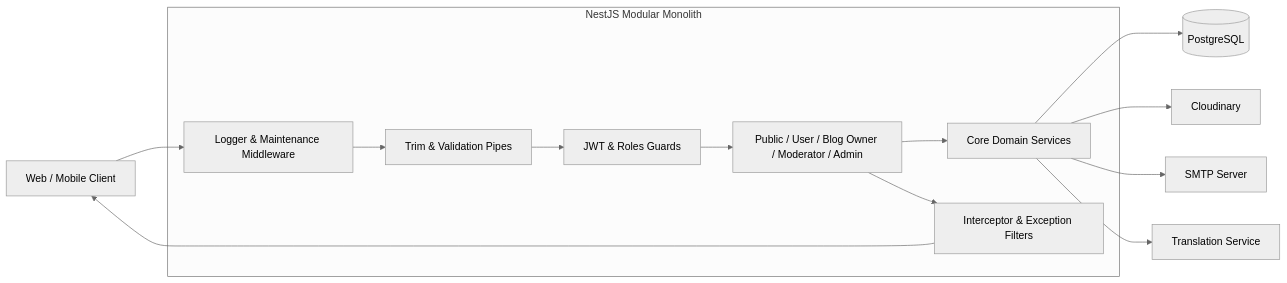
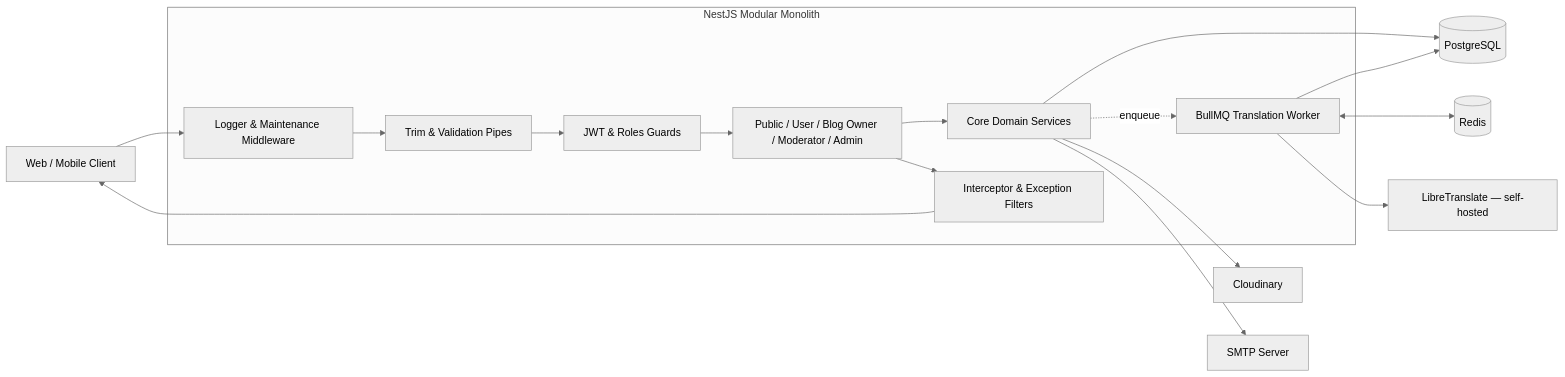
The diagram in README.md (ngocha3792/Quan-ly-blog), drawn with Mermaid (neutral theme) before and after one commit. The commit also changed other lines of this file and 6 other files, not shown here.

````diff
--- a/README.md
+++ b/README.md
@@ -111,25 +119,30 @@
 ```mermaid
 flowchart LR
     Client[Web / Mobile Client]
 
     subgraph Application[NestJS Modular Monolith]
         Middleware[Logger & Maintenance Middleware]
         Pipeline[Trim & Validation Pipes]
         Security[JWT & Roles Guards]
         APIs[Public / User / Blog Owner / Moderator / Admin]
         Core[Core Domain Services]
+        Queue[BullMQ Translation Worker]
         Output[Interceptor & Exception Filters]
     end
 
     PostgreSQL[(PostgreSQL)]
+    Redis[(Redis)]
     Cloudinary[Cloudinary]
     SMTP[SMTP Server]
-    Translation[Translation Service]
+    LibreTranslate[LibreTranslate — self-hosted]
 
     Client --> Middleware --> Pipeline --> Security --> APIs --> Core
     Core --> PostgreSQL
     Core --> Cloudinary
     Core --> SMTP
-    Core --> Translation
+    Core -.enqueue.-> Queue
+    Queue <--> Redis
+    Queue --> LibreTranslate
+    Queue --> PostgreSQL
     APIs --> Output --> Client
 ```
````
